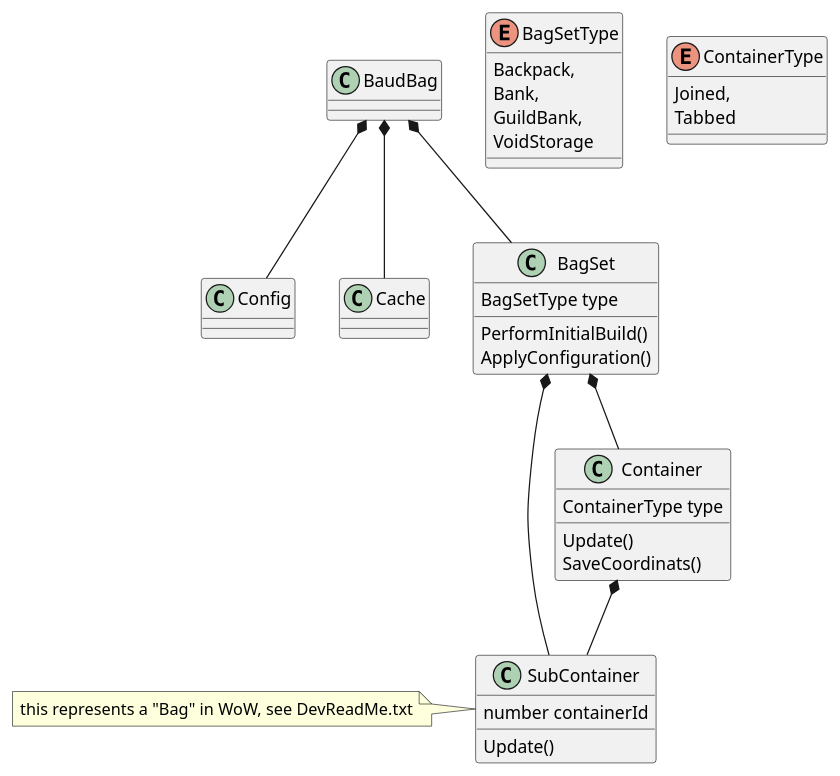
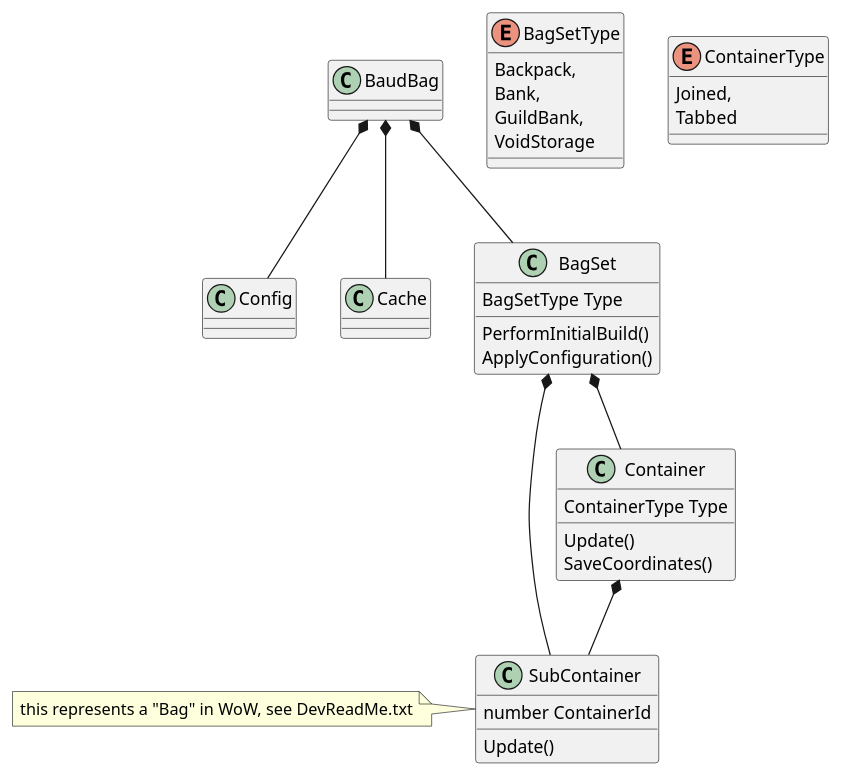
The diagram in docs/class_system.puml (gsnerf/Baud-Bag), drawn with PlantUML before and after one commit. The commit also changed 1 other file, not shown here.

Commit message:
extended code guidelines and adapted class diagram accordingly

```diff
--- a/docs/class_system.puml
+++ b/docs/class_system.puml
@@ -1,43 +1,43 @@
 @startuml
 class BaudBag
 class Config
 class Cache
 
 enum BagSetType {
     Backpack,
     Bank,
     GuildBank,
     VoidStorage
 }
 
 class BagSet {
-    BagSetType type
+    BagSetType Type
     PerformInitialBuild()
     ApplyConfiguration()
 }
 
 enum ContainerType {
     Joined,
     Tabbed
 }
 
 class Container {
-    ContainerType type
+    ContainerType Type
     Update()
-    SaveCoordinats()
+    SaveCoordinates()
 }
 class SubContainer{
-    number containerId
+    number ContainerId
     Update()
 }
 
 note left of SubContainer : this represents a "Bag" in WoW, see DevReadMe.txt
 
 BaudBag *-- Config
 BaudBag *-- Cache
 BaudBag *-- BagSet
 
 BagSet *-- Container
 BagSet *-- SubContainer
 Container *-- SubContainer
 @enduml
```
